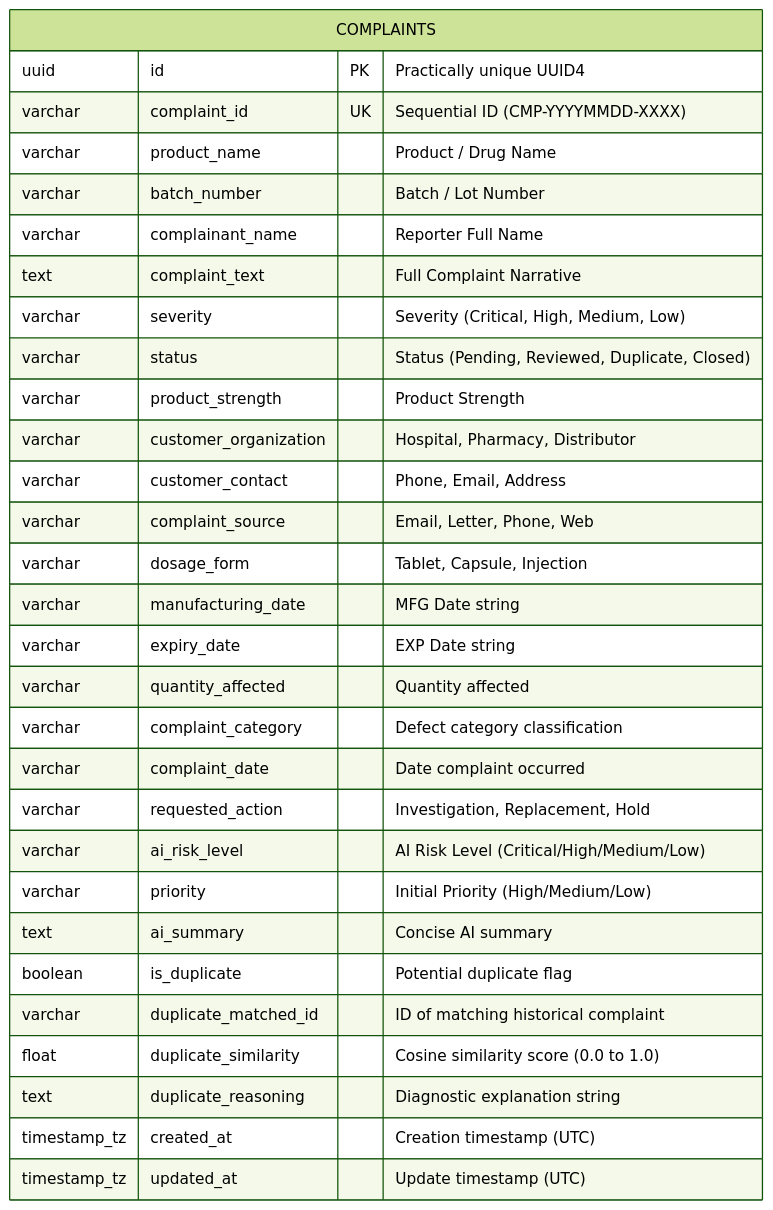
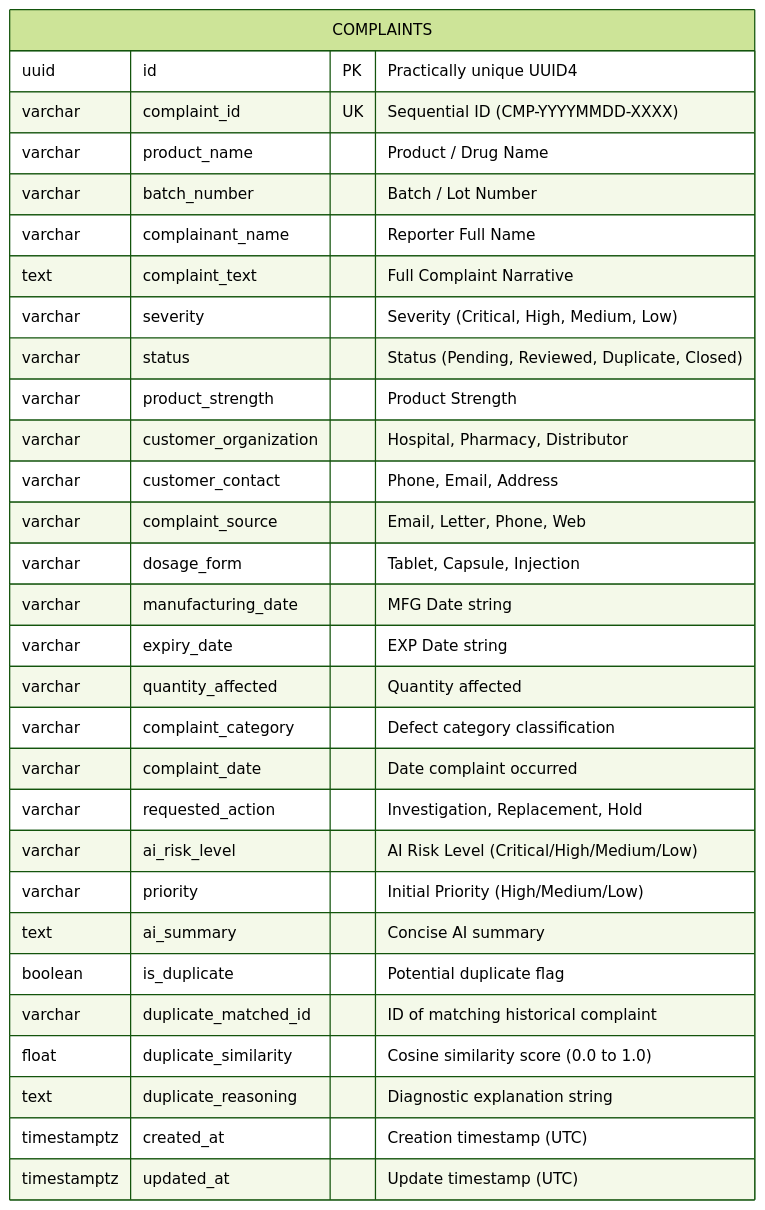
Before and after one commit to Sumeet2005/ai-pharmaceutical-complaint-system: the seventh of 7 diagrams in README.md, drawn with Mermaid (forest theme). The commit also changed other lines of this file, not shown here.

Commit message:
docs: improve README and fix Mermaid diagrams

````diff
--- a/README.md
+++ b/README.md
@@ -376,33 +372,33 @@
 ```mermaid
 erDiagram
     COMPLAINTS {
         uuid id PK "Practically unique UUID4"
         varchar complaint_id UK "Sequential ID (CMP-YYYYMMDD-XXXX)"
         varchar product_name "Product / Drug Name"
         varchar batch_number "Batch / Lot Number"
         varchar complainant_name "Reporter Full Name"
         text complaint_text "Full Complaint Narrative"
         varchar severity "Severity (Critical, High, Medium, Low)"
         varchar status "Status (Pending, Reviewed, Duplicate, Closed)"
         varchar product_strength "Product Strength"
         varchar customer_organization "Hospital, Pharmacy, Distributor"
         varchar customer_contact "Phone, Email, Address"
         varchar complaint_source "Email, Letter, Phone, Web"
         varchar dosage_form "Tablet, Capsule, Injection"
         varchar manufacturing_date "MFG Date string"
         varchar expiry_date "EXP Date string"
         varchar quantity_affected "Quantity affected"
         varchar complaint_category "Defect category classification"
         varchar complaint_date "Date complaint occurred"
         varchar requested_action "Investigation, Replacement, Hold"
         varchar ai_risk_level "AI Risk Level (Critical/High/Medium/Low)"
         varchar priority "Initial Priority (High/Medium/Low)"
         text ai_summary "Concise AI summary"
         boolean is_duplicate "Potential duplicate flag"
         varchar duplicate_matched_id "ID of matching historical complaint"
         float duplicate_similarity "Cosine similarity score (0.0 to 1.0)"
         text duplicate_reasoning "Diagnostic explanation string"
-        timestamp_tz created_at "Creation timestamp (UTC)"
-        timestamp_tz updated_at "Update timestamp (UTC)"
+        timestamptz created_at "Creation timestamp (UTC)"
+        timestamptz updated_at "Update timestamp (UTC)"
     }
 ```
````
